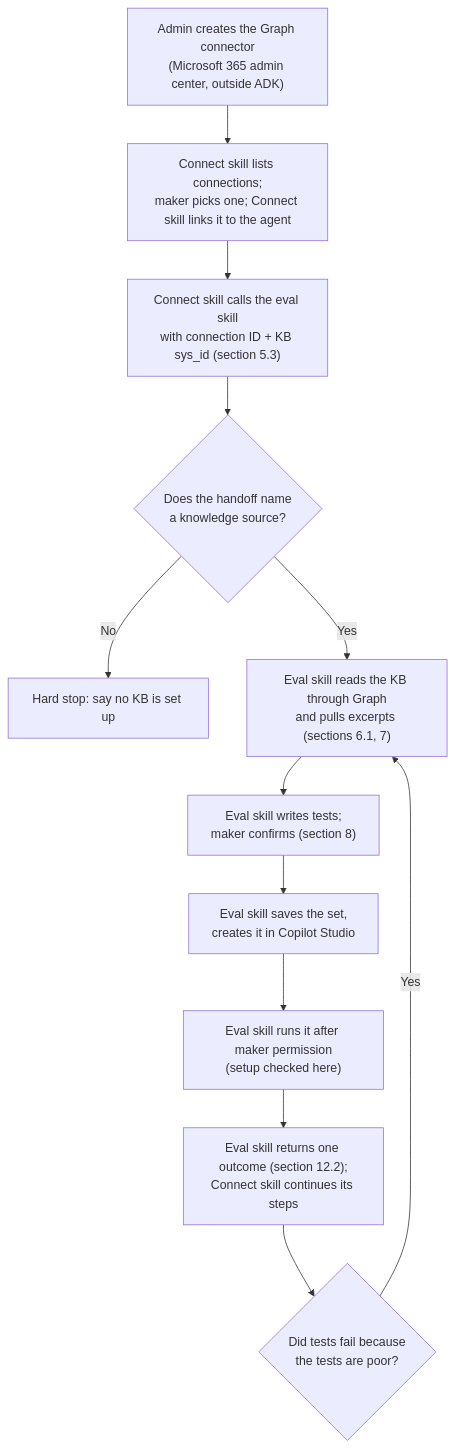
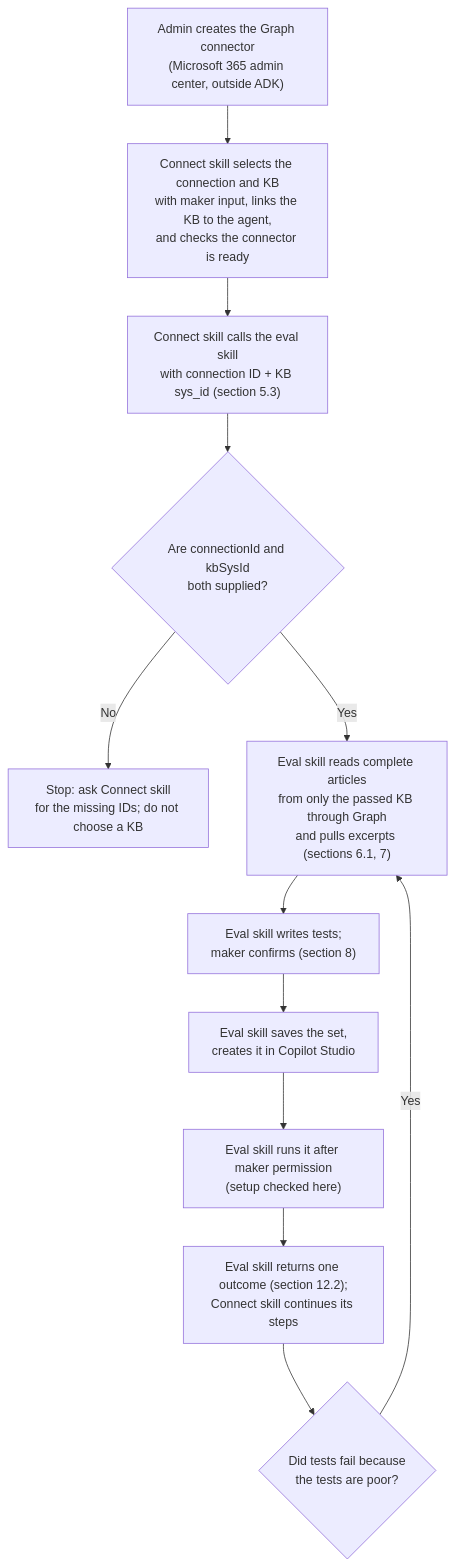
The first of 3 diagrams in EVALS-IMPLEMENTATION-SPEC.md (microsoft/Employee-Self-Service-Agent-Developer-Kit), drawn with Mermaid before and after one commit.

Commit message:
flow diagram update

````diff
--- a/EVALS-IMPLEMENTATION-SPEC.md
+++ b/EVALS-IMPLEMENTATION-SPEC.md
@@ -85,19 +85,19 @@
 ```mermaid
 flowchart TD
     Admin["Admin creates the Graph connector<br/>(Microsoft 365 admin center, outside ADK)"]
-    Pick["Connect skill lists connections;<br/>maker picks one; Connect skill links it to the agent"]
+    Pick["Connect skill selects the connection and KB<br/>with maker input, links the KB to the agent,<br/>and checks the connector is ready"]
     Call["Connect skill calls the eval skill<br/>with connection ID + KB sys_id (section 5.3)"]
-    Check{"Does the handoff name<br/>a knowledge source?"}
-    Stop["Hard stop: say no KB is set up"]
-    Read["Eval skill reads the KB through Graph<br/>and pulls excerpts (sections 6.1, 7)"]
+    Check{"Are connectionId and kbSysId<br/>both supplied?"}
+    Stop["Stop: ask Connect skill<br/>for the missing IDs; do not choose a KB"]
+    Read["Eval skill reads complete articles<br/>from only the passed KB through Graph<br/>and pulls excerpts (sections 6.1, 7)"]
     Write["Eval skill writes tests;<br/>maker confirms (section 8)"]
     Save["Eval skill saves the set,<br/>creates it in Copilot Studio"]
     Run["Eval skill runs it after maker permission<br/>(setup checked here)"]
     Back["Eval skill returns one outcome (section 12.2);<br/>Connect skill continues its steps"]
     Bad{"Did tests fail because<br/>the tests are poor?"}
 
     Admin --> Pick --> Call --> Check
     Check -->|No| Stop
     Check -->|Yes| Read --> Write --> Save --> Run --> Back --> Bad
     Bad -->|Yes| Read
 ```
````
